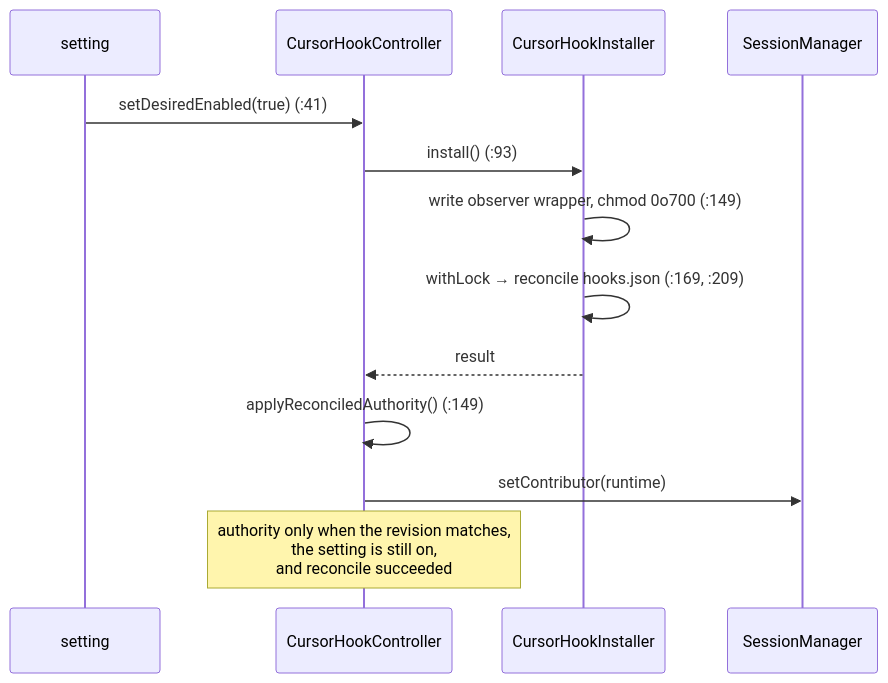
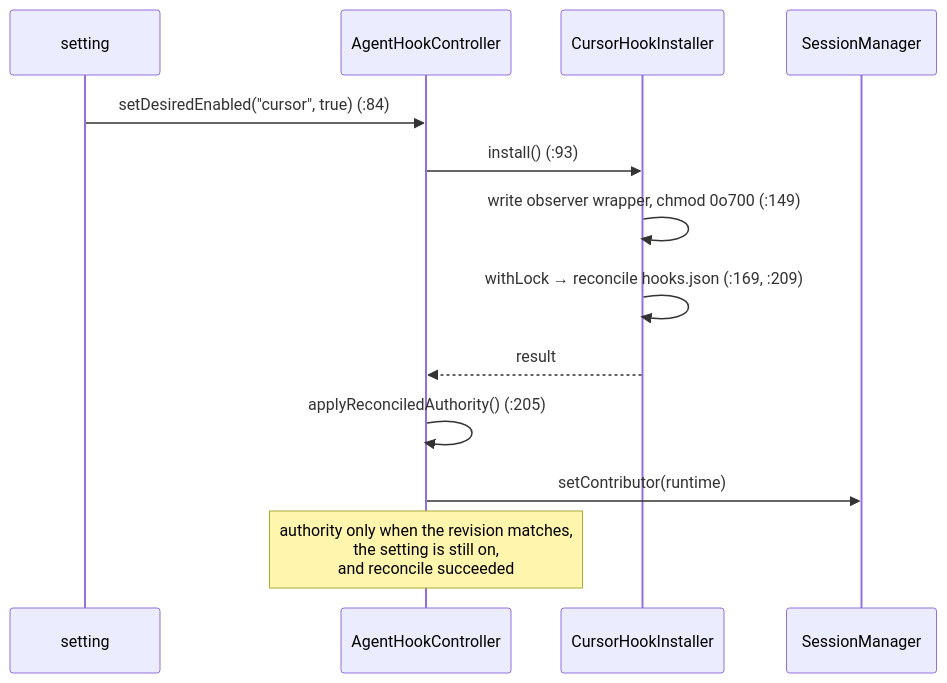
The third of 3 diagrams in docs/design/agent-cli-integration.md (Asimov-Syntax/anywhere-terminal), drawn with Mermaid before and after one commit. The commit also changed other lines of this file and 27 other files, not shown here.

````diff
--- a/docs/design/agent-cli-integration.md
+++ b/docs/design/agent-cli-integration.md
@@ -177,15 +177,15 @@
 ```mermaid
 sequenceDiagram
     participant Cfg as setting
-    participant Ctl as CursorHookController
+    participant Ctl as AgentHookController
     participant Ins as CursorHookInstaller
     participant SM as SessionManager
-    Cfg->>Ctl: setDesiredEnabled(true) (:41)
+    Cfg->>Ctl: setDesiredEnabled("cursor", true) (:84)
     Ctl->>Ins: install() (:93)
     Ins->>Ins: write observer wrapper, chmod 0o700 (:149)
     Ins->>Ins: withLock → reconcile hooks.json (:169, :209)
     Ins-->>Ctl: result
-    Ctl->>Ctl: applyReconciledAuthority() (:149)
+    Ctl->>Ctl: applyReconciledAuthority() (:205)
     Ctl->>SM: setContributor(runtime)
     Note over Ctl: authority only when the revision matches,<br>the setting is still on,<br>and reconcile succeeded
 ```
````
